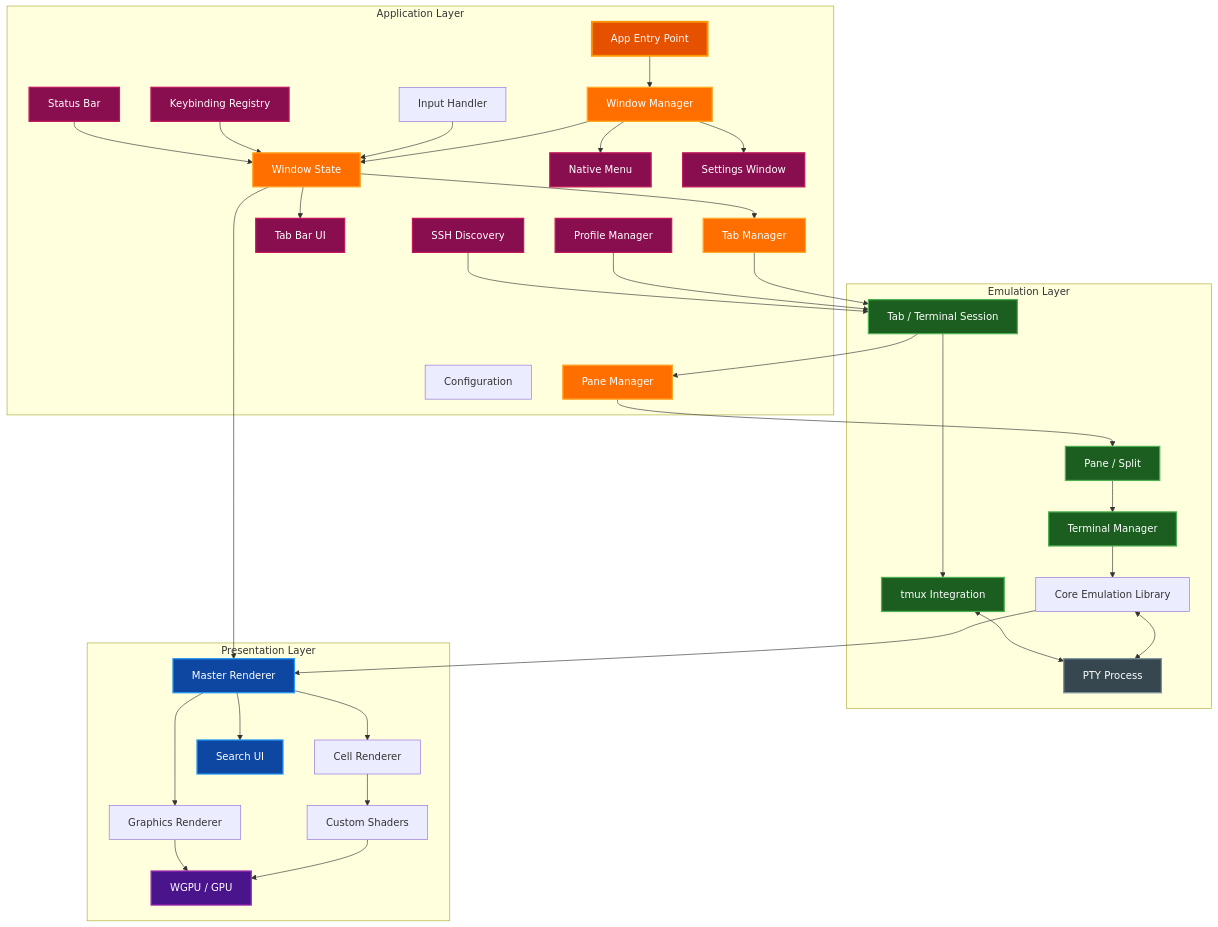
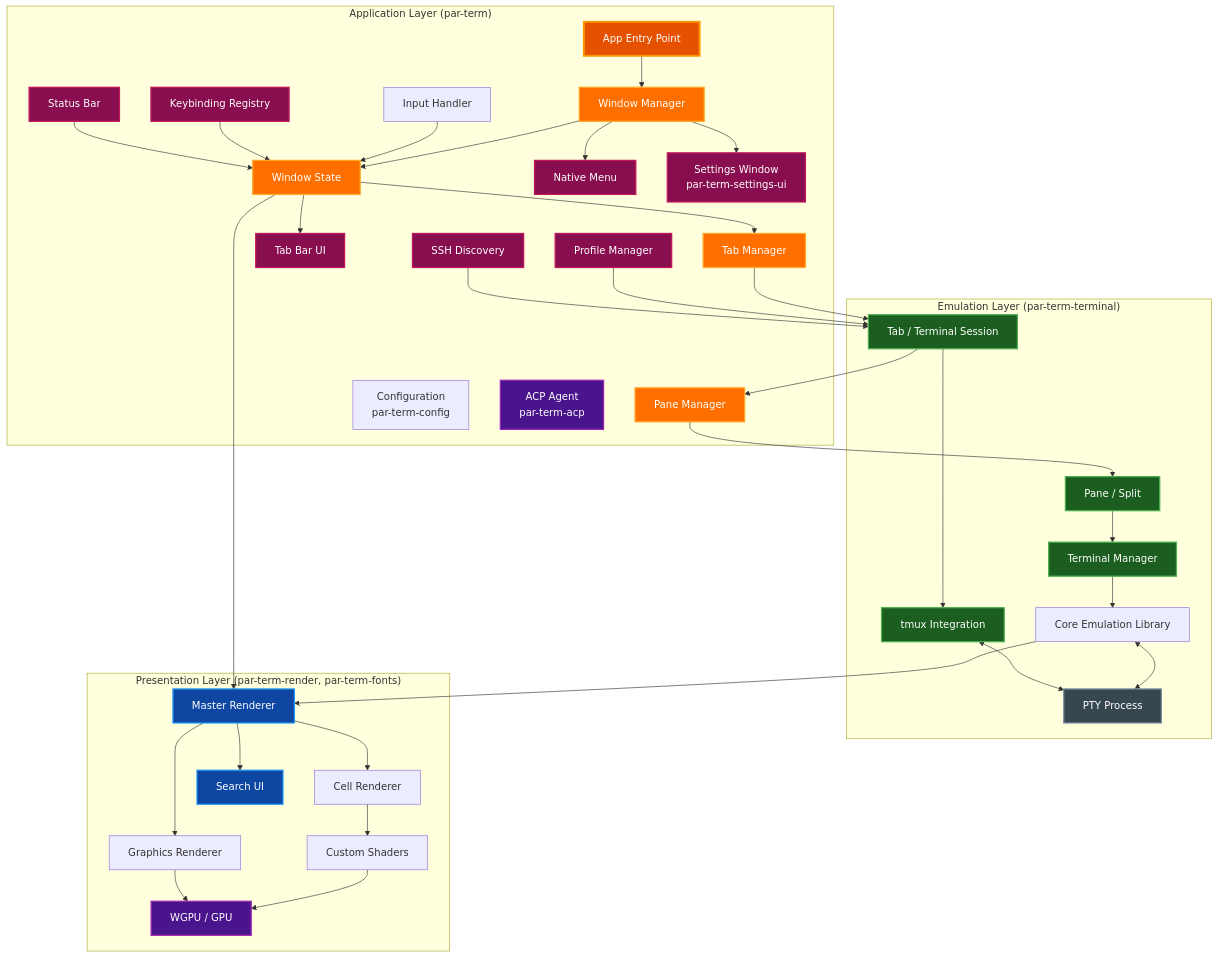
The first of 3 diagrams in docs/ARCHITECTURE.md (paulrobello/par-term), drawn with Mermaid before and after one commit. The commit also changed other lines of this file and 13 other files, not shown here.

````diff
--- a/docs/ARCHITECTURE.md
+++ b/docs/ARCHITECTURE.md
@@ -34,6 +35,6 @@
 ```mermaid
 graph TB
-    subgraph "Application Layer"
+    subgraph "Application Layer (par-term)"
         App[App Entry Point]
         WM[Window Manager]
         WS[Window State]
@@ -43,14 +44,15 @@
         Menu[Native Menu]
         Input[Input Handler]
         Keybind[Keybinding Registry]
-        Config[Configuration]
-        SettingsWin[Settings Window]
+        Config[Configuration<br>par-term-config]
+        SettingsWin[Settings Window<br>par-term-settings-ui]
         Profile[Profile Manager]
         SSH[SSH Discovery]
         StatusBar[Status Bar]
+        ACP[ACP Agent<br>par-term-acp]
     end
 
-    subgraph "Emulation Layer"
+    subgraph "Emulation Layer (par-term-terminal)"
         Tab[Tab / Terminal Session]
         Pane[Pane / Split]
         TM[Terminal Manager]
@@ -59,7 +61,7 @@
         Tmux[tmux Integration]
     end
 
-    subgraph "Presentation Layer"
+    subgraph "Presentation Layer (par-term-render, par-term-fonts)"
         Renderer[Master Renderer]
         CellRender[Cell Renderer]
         GraphicRender[Graphics Renderer]
@@ -108,6 +110,7 @@
     style Profile fill:#880e4f,stroke:#c2185b,stroke-width:2px,color:#ffffff
     style SSH fill:#880e4f,stroke:#c2185b,stroke-width:2px,color:#ffffff
     style StatusBar fill:#880e4f,stroke:#c2185b,stroke-width:2px,color:#ffffff
+    style ACP fill:#4a148c,stroke:#9c27b0,stroke-width:2px,color:#ffffff
     style Tab fill:#1b5e20,stroke:#4caf50,stroke-width:2px,color:#ffffff
     style Pane fill:#1b5e20,stroke:#4caf50,stroke-width:2px,color:#ffffff
     style TM fill:#1b5e20,stroke:#4caf50,stroke-width:2px,color:#ffffff
````
